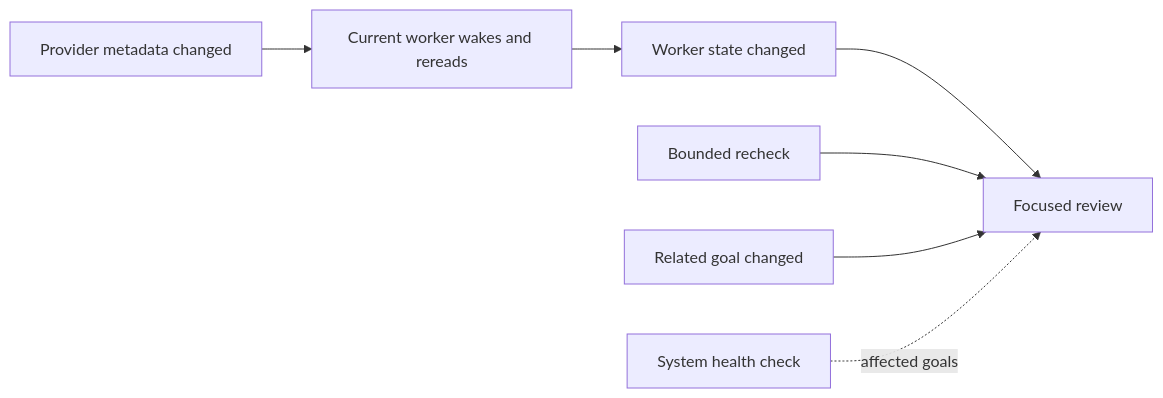
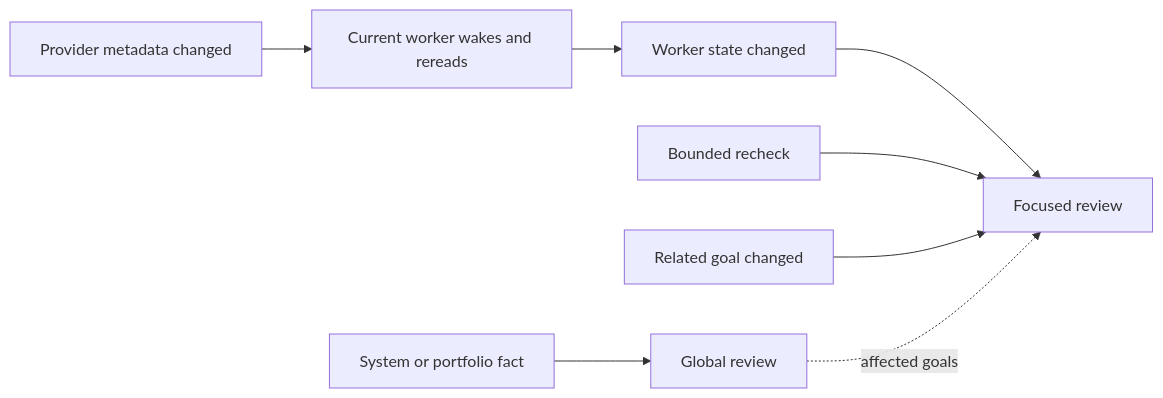
One commit to hao1939/herdr-supervisor changed the second of 4 diagrams in docs/design.md. Above: the diagram before and after it, drawn with Mermaid. The commit also changed other lines of this file and 4 other files, not shown here.

````diff
--- a/docs/design.md
+++ b/docs/design.md
@@ -153,9 +176,10 @@
 ```mermaid
 flowchart LR
     A[Worker state changed] --> Q[Focused review]
     B[Bounded recheck] --> Q
     C[Related goal changed] --> Q
     D[Provider metadata changed] --> W[Current worker wakes and rereads]
     W --> A
-    E[System health check] -. affected goals .-> Q
+    E[System or portfolio fact] --> G[Global review]
+    G -. affected goals .-> Q
 ```
````
